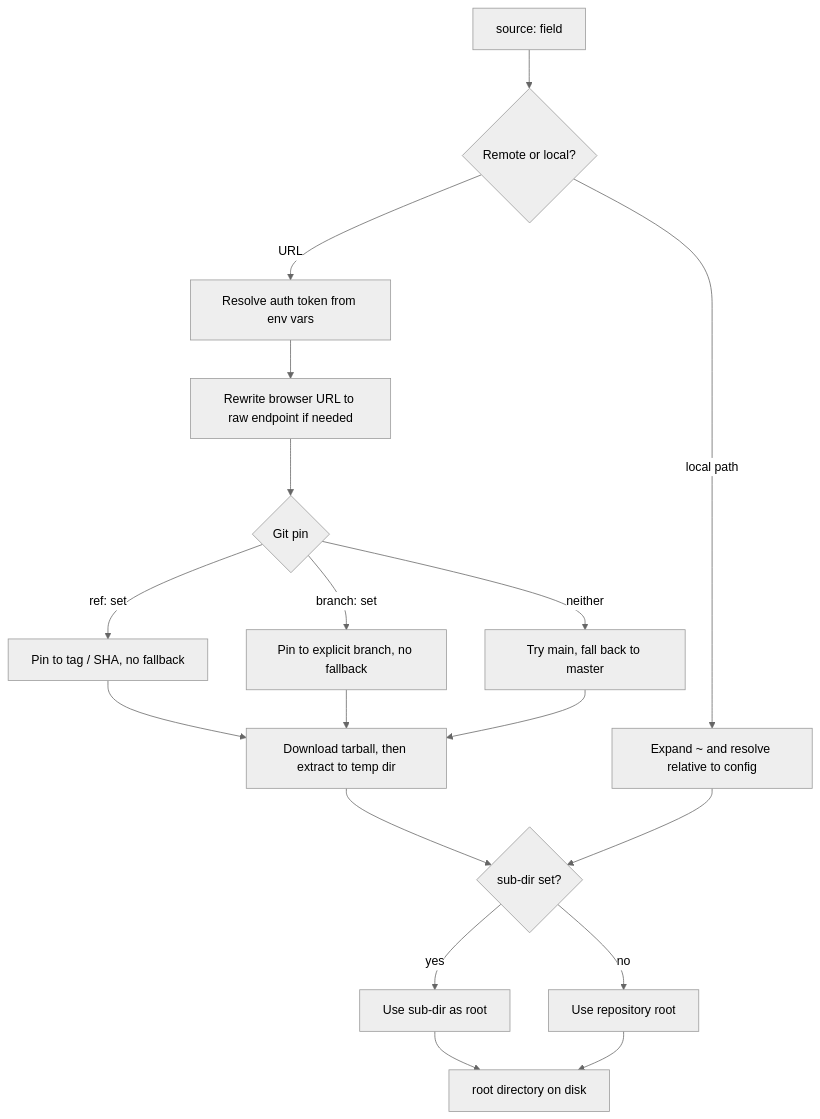
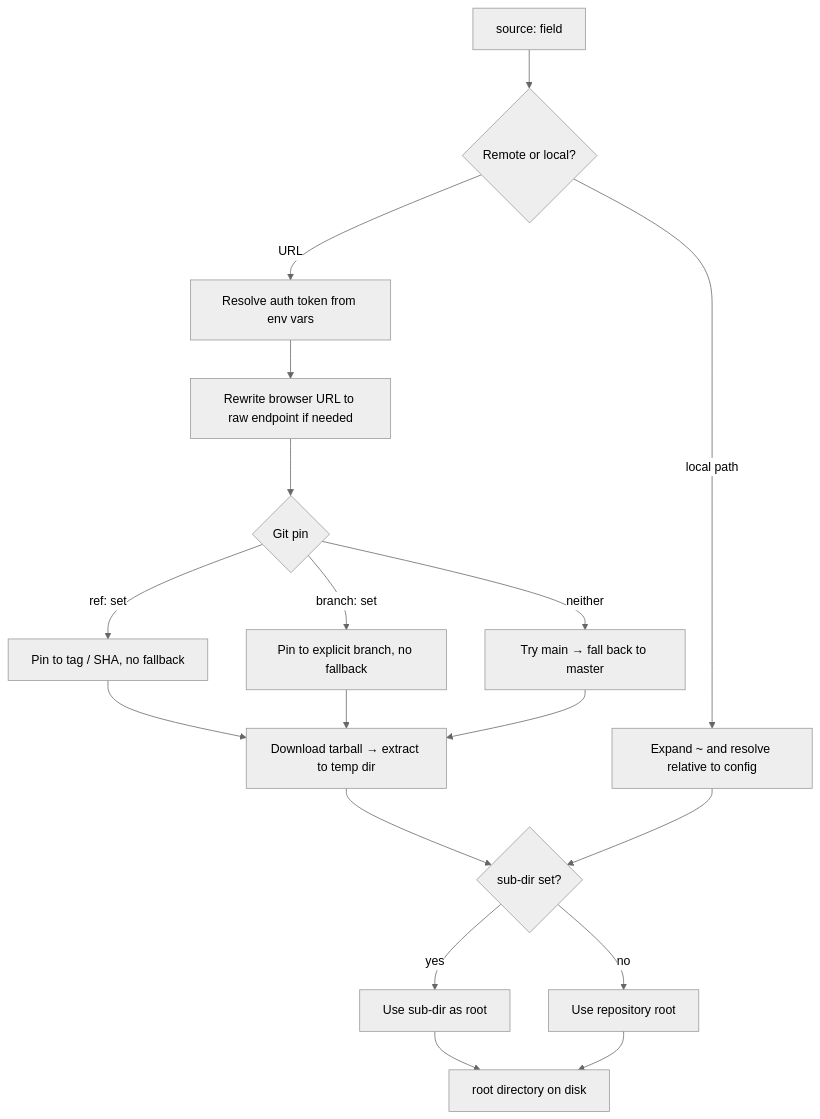
Before and after one commit to pivoshenko/kasetto: the second of 10 diagrams in site/content/docs/sync-flow.mdx, drawn with Mermaid (neutral theme). The commit also changed other lines of this file and 29 other files, not shown here.

````diff
--- a/site/content/docs/sync-flow.mdx
+++ b/site/content/docs/sync-flow.mdx
@@ -42,23 +42,23 @@
 ```mermaid
 flowchart TD
     A[source: field] --> B{Remote or local?}
 
     B -->|URL| C[Resolve auth token from env vars]
     C --> D[Rewrite browser URL to raw endpoint if needed]
     D --> E{Git pin}
     E -->|ref: set| F[Pin to tag / SHA, no fallback]
     E -->|branch: set| G[Pin to explicit branch, no fallback]
-    E -->|neither| H[Try main, fall back to master]
-    F --> I[Download tarball, then extract to temp dir]
+    E -->|neither| H[Try main → fall back to master]
+    F --> I[Download tarball → extract to temp dir]
     G --> I
     H --> I
     I --> J{sub-dir set?}
     J -->|yes| K[Use sub-dir as root]
     J -->|no| L[Use repository root]
 
     B -->|local path| M[Expand ~ and resolve relative to config]
     M --> J
 
     K --> N[root directory on disk]
     L --> N
 ```
````
